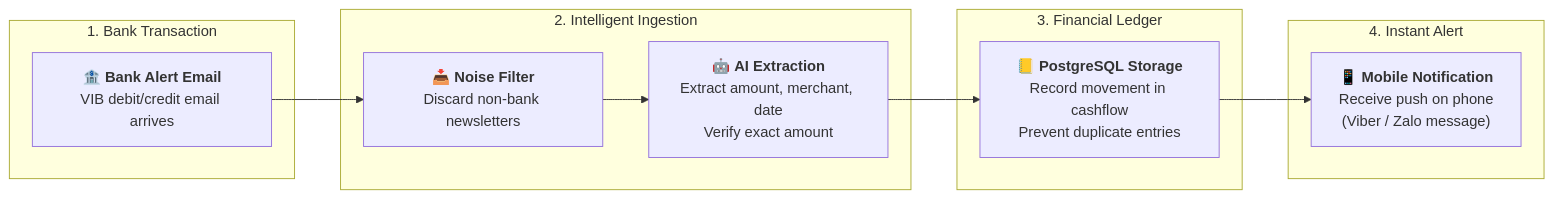
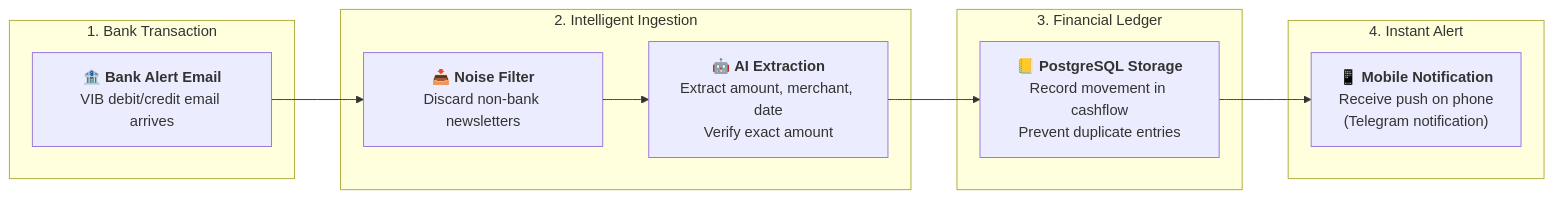
One commit to sonnormal/stratum-meta changed the first of 2 diagrams in flows/email-transaction-ingestion.md. Above: the diagram before and after it, drawn with Mermaid. The commit also changed other lines of this file and 11 other files, not shown here.

````diff
--- a/flows/email-transaction-ingestion.md
+++ b/flows/email-transaction-ingestion.md
@@ -22,24 +22,24 @@
 ```mermaid
 flowchart LR
     subgraph S1["1. Bank Transaction"]
         A["🏦 <b>Bank Alert Email</b><br/>VIB debit/credit email arrives"]
     end
 
     subgraph S2["2. Intelligent Ingestion"]
         B["📥 <b>Noise Filter</b><br/>Discard non-bank newsletters"]
         C["🤖 <b>AI Extraction</b><br/>Extract amount, merchant, date<br/>Verify exact amount"]
         B --> C
     end
 
     subgraph S3["3. Financial Ledger"]
         D["📒 <b>PostgreSQL Storage</b><br/>Record movement in cashflow<br/>Prevent duplicate entries"]
     end
 
     subgraph S4["4. Instant Alert"]
-        E["📱 <b>Mobile Notification</b><br/>Receive push on phone<br/>(Viber / Zalo message)"]
+        E["📱 <b>Mobile Notification</b><br/>Receive push on phone<br/>(Telegram notification)"]
     end
 
     A --> B
     C --> D
     D --> E
 ```
````
